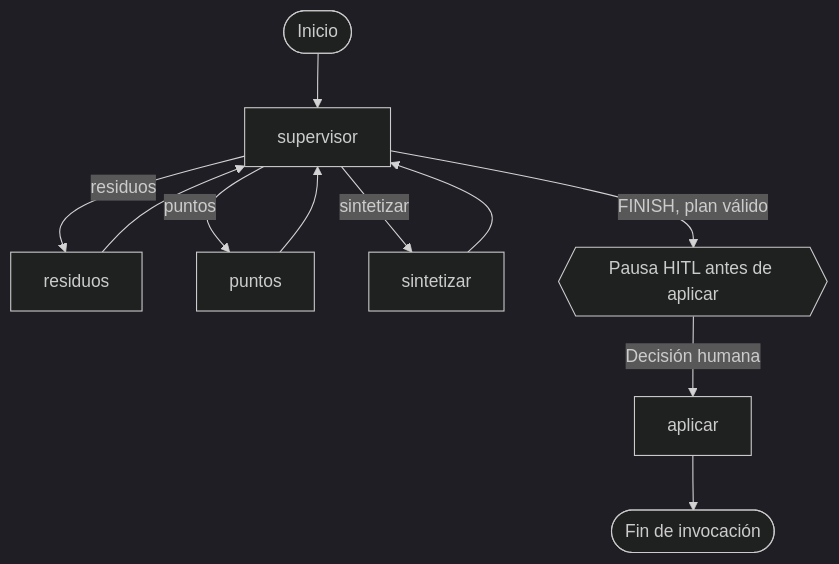
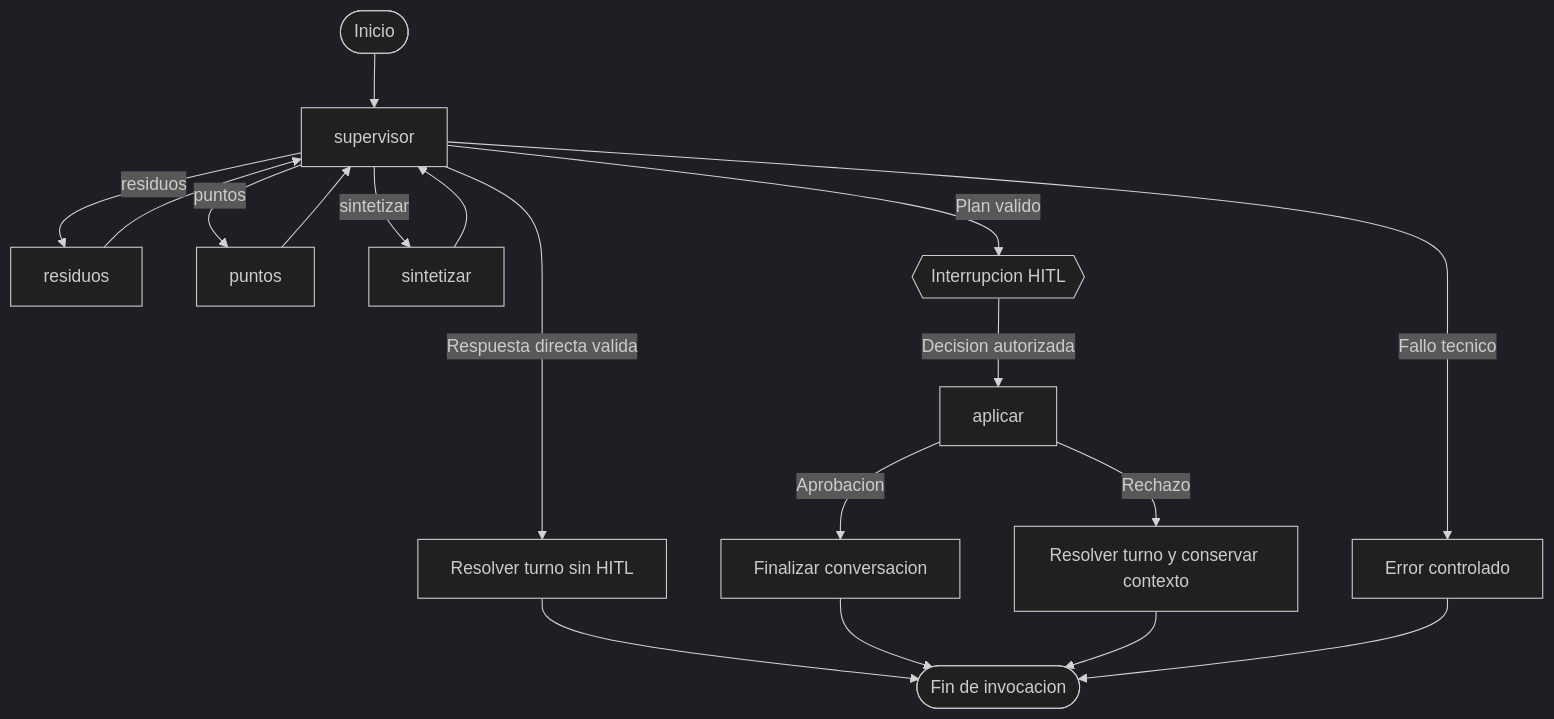
The first of 2 diagrams in specs/06-langgraph.md (alex-bometon/pb03_equipo18), drawn with Mermaid (dark theme) before and after one commit. The commit also changed other lines of this file and 17 other files, not shown here.

````diff
--- a/specs/06-langgraph.md
+++ b/specs/06-langgraph.md
@@ -7,13 +46,25 @@
 ```mermaid
 flowchart TD
     START([Inicio]) --> S[supervisor]
     S -->|residuos| R[residuos]
     S -->|puntos| P[puntos]
     S -->|sintetizar| Y[sintetizar]
+
     R --> S
     P --> S
     Y --> S
-    S -->|FINISH, plan válido| H{{Pausa HITL antes de aplicar}}
-    H -->|Decisión humana| A[aplicar]
-    A --> END([Fin de invocación])
+
+    S -->|Respuesta directa valida| D[Resolver turno sin HITL]
+    S -->|Plan valido| H{{Interrupcion HITL}}
+    S -->|Fallo tecnico| E[Error controlado]
+
+    H -->|Decision autorizada| A[aplicar]
+
+    A -->|Aprobacion| F[Finalizar conversacion]
+    A -->|Rechazo| N[Resolver turno y conservar contexto]
+
+    D --> END([Fin de invocacion])
+    F --> END
+    N --> END
+    E --> END
 ```
````
